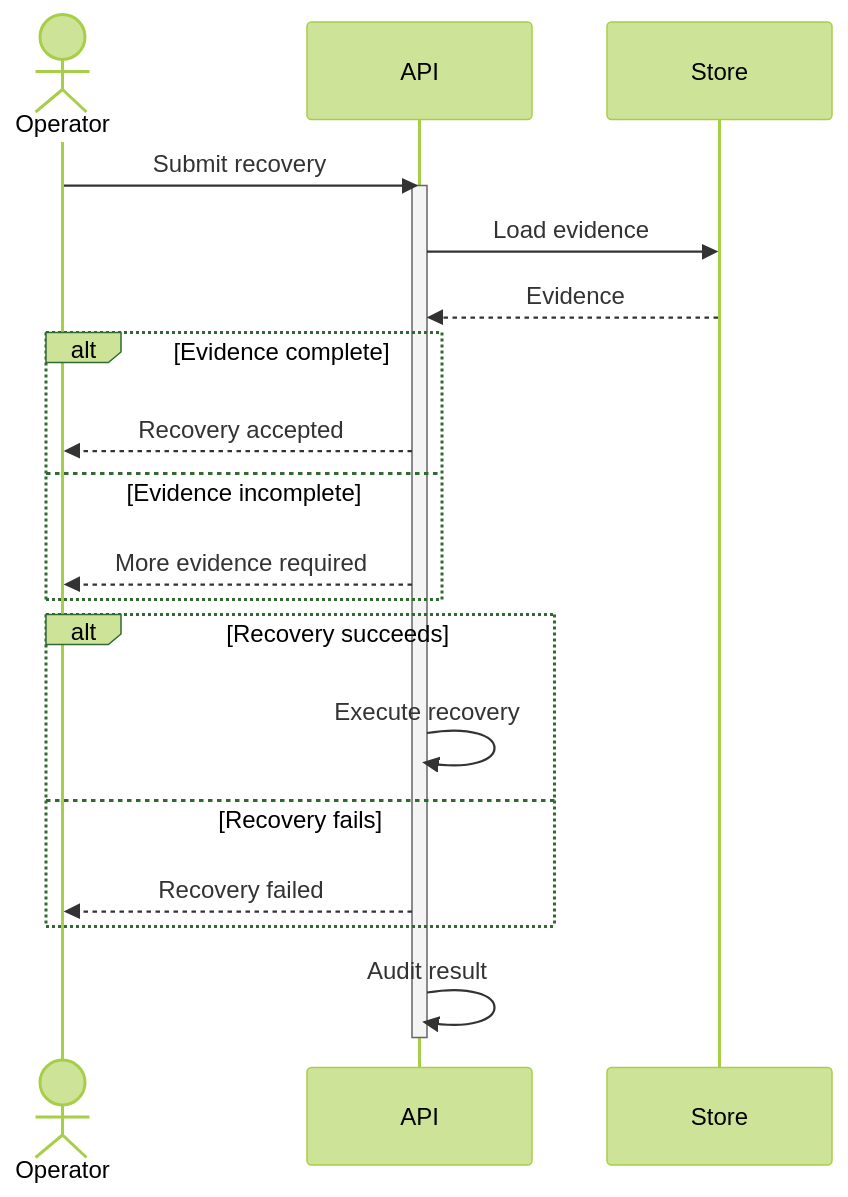
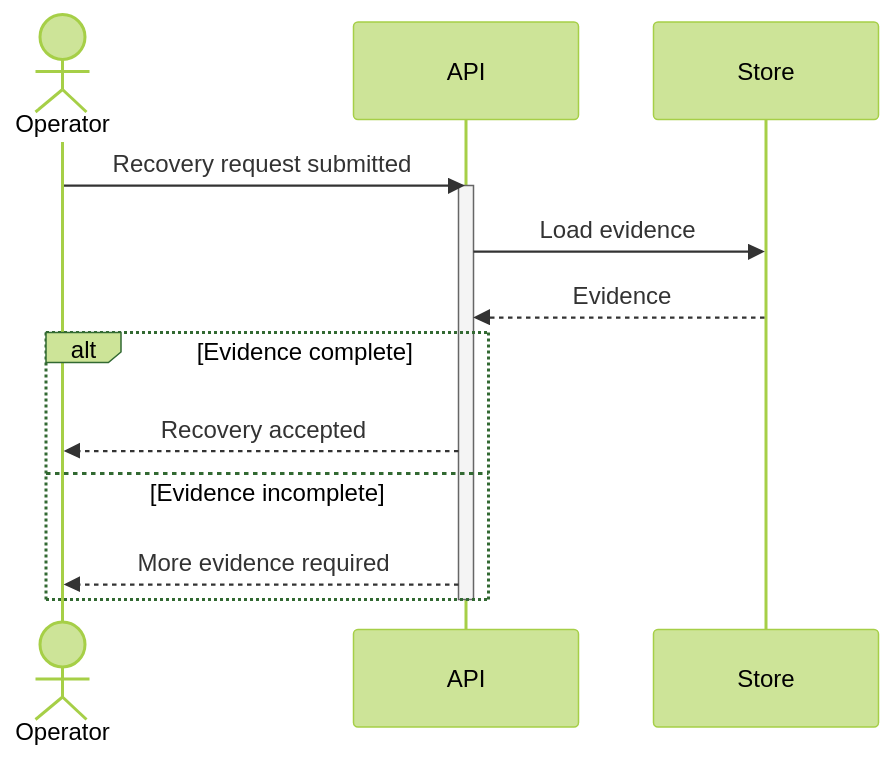
One commit to mols3131d/mols-agent-assets changed the third of 3 diagrams in src/rulesync/.rulesync/skills/mols-mermaid-diagram/references/examples/zenuml.md. Above: the diagram before and after it, drawn with Mermaid (forest theme). The commit also changed other lines of this file and 27 other files, not shown here.

Commit message:
docs(mermaid): diagram examples 단계별 고도화

````diff
--- a/src/rulesync/.rulesync/skills/mols-mermaid-diagram/references/examples/zenuml.md
+++ b/src/rulesync/.rulesync/skills/mols-mermaid-diagram/references/examples/zenuml.md
@@ -65,26 +71,17 @@
 ```mermaid
 sequenceDiagram
     actor Operator
     participant API
     participant Store
 
-    Operator->>API: Submit recovery
+    Operator->>API: Recovery request submitted
     activate API
     API->>Store: Load evidence
     Store-->>API: Evidence
-
     alt Evidence complete
         API-->>Operator: Recovery accepted
     else Evidence incomplete
         API-->>Operator: More evidence required
     end
-
-    alt Recovery succeeds
-        API->>API: Execute recovery
-    else Recovery fails
-        API-->>Operator: Recovery failed
-    end
-
-    API->>API: Audit result
     deactivate API
 ```
````
